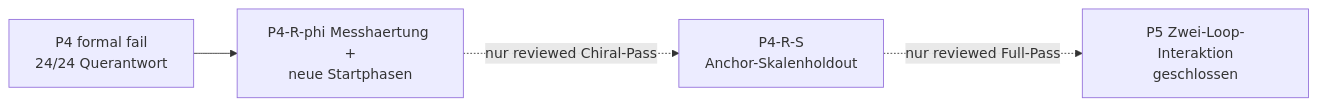
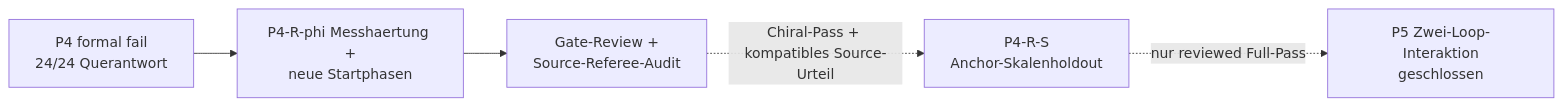
Before and after one commit to MemoryDynamics/Knoten: the diagram in docs/status/project_priorities.md, drawn with Mermaid. The commit also changed other lines of this file and 9 other files, not shown here.

Commit message:
Require publication source referee audit

````diff
--- a/docs/status/project_priorities.md
+++ b/docs/status/project_priorities.md
@@ -39,11 +39,13 @@
 ```mermaid
 flowchart LR
     p4["P4 formal fail<br/>24/24 Querantwort"]
     p4rphi["P4-R-phi Messhaertung +<br/>neue Startphasen"]
+    referee["Gate-Review +<br/>Source-Referee-Audit"]
     p4rs["P4-R-S<br/>Anchor-Skalenholdout"]
     p5["P5 Zwei-Loop-Interaktion<br/>geschlossen"]
 
     p4 --> p4rphi
-    p4rphi -. nur reviewed Chiral-Pass .-> p4rs
+    p4rphi --> referee
+    referee -. Chiral-Pass + kompatibles Source-Urteil .-> p4rs
     p4rs -. nur reviewed Full-Pass .-> p5
 ```
````
